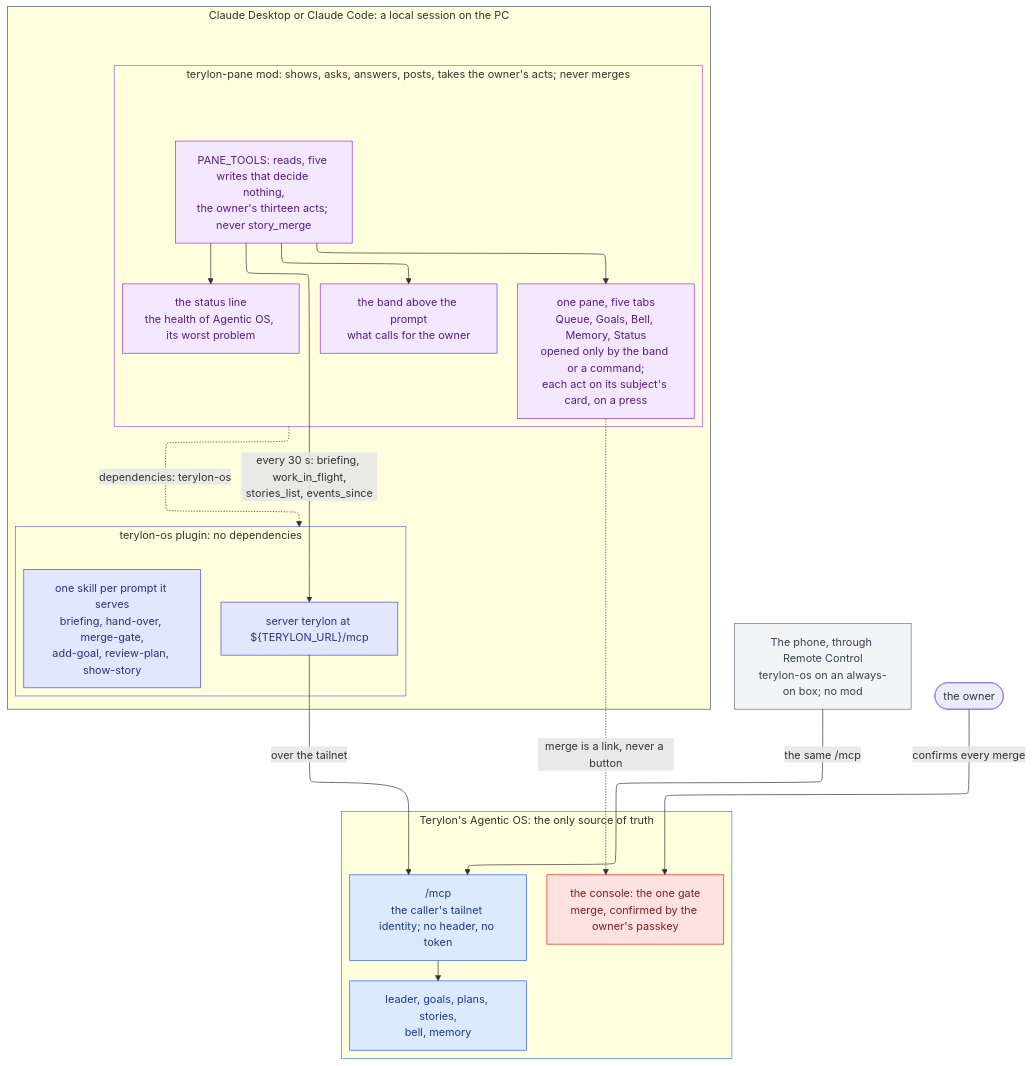
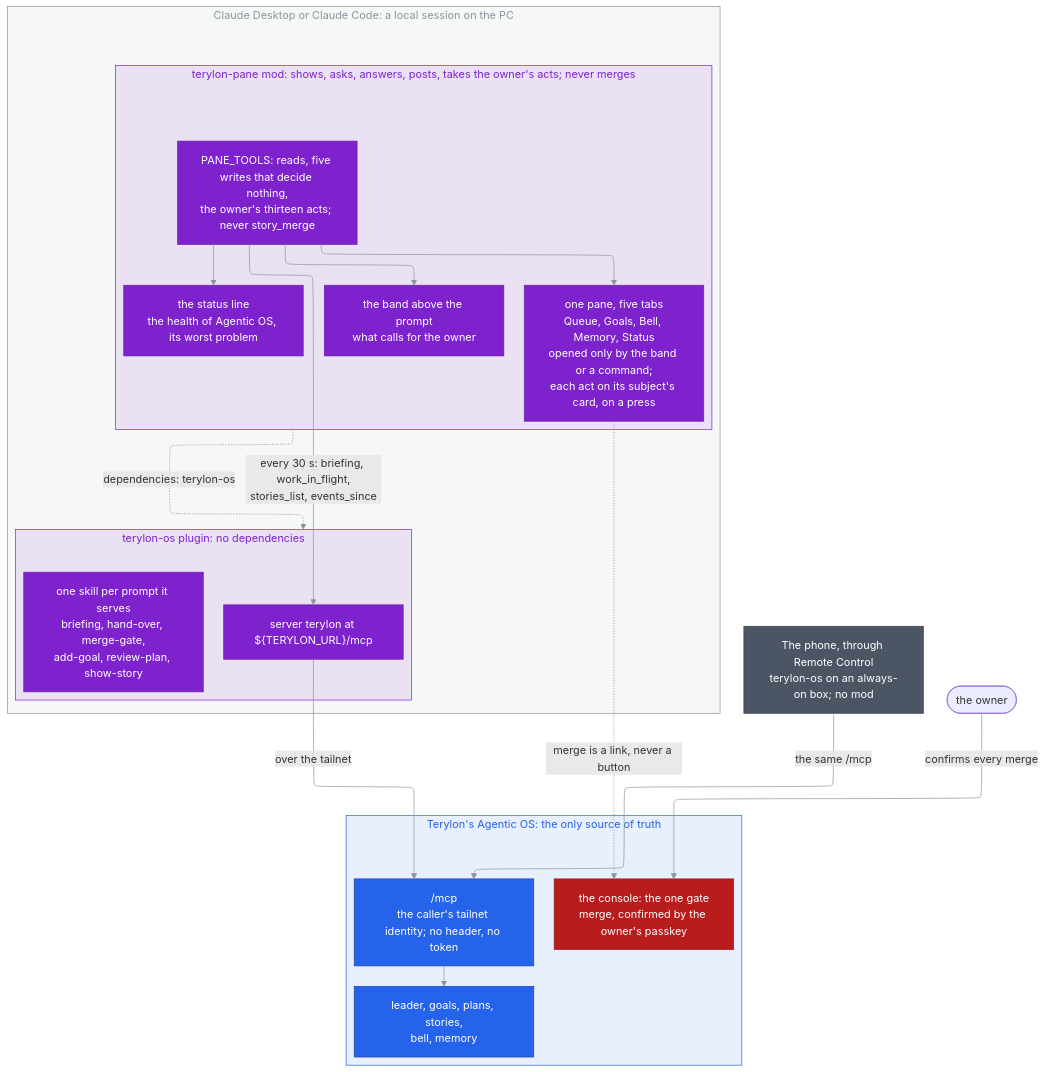
Before and after one commit to janecekvit/terylon-marketplace: the second of 2 diagrams in docs/architecture/README.md, drawn with Mermaid. The commit also changed other lines of this file and 5 other files, not shown here.

````diff
--- a/docs/architecture/README.md
+++ b/docs/architecture/README.md
@@ -88,61 +91,64 @@
 ```mermaid
 ---
 config:
   layout: elk
+  flowchart:
+    padding: 16
 ---
 %% terylon-os and its mod terylon-pane: how a session reaches Terylon's Agentic OS, the owner's
 %% acts the pane takes on their cards, and why merge, the one gate, stays in the console.
 %% The source of truth is this block: edit it here; nothing is generated from it.
 %% Why every surface goes through the one /mcp: one-source-of-truth-reached-from-two-places.md.
 flowchart TD
-    %% One colour per kind: the plugin (indigo), the mod (violet), Agentic OS (blue), gates (red),
-    %% the phone (grey); the owner takes the theme's. A subgraph takes a stroke and no fill, so the
-    %% theme fills it in light and dark mode alike: .claude/rules/markdown.md says why.
-    classDef plugin fill:#E0E7FF,stroke:#4F46E5,color:#312E81
-    classDef mod fill:#F3E8FF,stroke:#9333EA,color:#581C87
-    classDef system fill:#DBEAFE,stroke:#2563EB,color:#1E3A8A
-    classDef gate fill:#FEE2E2,stroke:#DC2626,color:#7F1D1D
-    classDef external fill:#F3F4F6,stroke:#6B7280,color:#374151
+    %% One colour per kind, the palette of .claude/rules/markdown.md: Terylon's own plugins (purple),
+    %% Agentic OS (blue), the gate (red), the phone (grey); the owner takes the theme's.
+    %% No theme is set, so GitHub draws the block in its light or dark theme.
+    classDef terylon fill:#7E22CE,stroke:#6B21A8,color:#FFFFFF
+    classDef service fill:#2563EB,stroke:#1E40AF,color:#FFFFFF
+    classDef gate fill:#B91C1C,stroke:#991B1B,color:#FFFFFF
+    classDef external fill:#4B5563,stroke:#374151,color:#FFFFFF
 
     subgraph session ["Claude Desktop or Claude Code: a local session on the PC"]
         subgraph os ["terylon-os plugin: no dependencies"]
             %% The variable is drawn as written: Mermaid substitutes nothing inside a label.
-            server["server terylon at ${TERYLON_URL}/mcp"]:::plugin
-            skills["one skill per prompt it serves<br/>briefing, hand-over, merge-gate,<br/>add-goal, review-plan, show-story"]:::plugin
+            server["server terylon at ${TERYLON_URL}/mcp"]:::terylon
+            skills["one skill per prompt it serves<br/>briefing, hand-over, merge-gate,<br/>add-goal, review-plan, show-story"]:::terylon
         end
 
         subgraph pane ["terylon-pane mod: shows, asks, answers, posts, takes the owner's acts; never merges"]
-            allowList["PANE_TOOLS: reads, five writes that decide nothing,<br/>the owner's thirteen acts; never story_merge"]:::mod
-            band["the band above the prompt<br/>what calls for the owner"]:::mod
-            statusLine["the status line<br/>the health of Agentic OS, its worst problem"]:::mod
-            tabs["one pane, five tabs<br/>Queue, Goals, Bell, Memory, Status<br/>opened only by the band or a command;<br/>each act on its subject's card, on a press"]:::mod
+            allowList["PANE_TOOLS: reads, five writes that decide nothing,<br/>the owner's thirteen acts; never story_merge"]:::terylon
+            band["the band above the prompt<br/>what calls for the owner"]:::terylon
+            statusLine["the status line<br/>the health of Agentic OS, its worst problem"]:::terylon
+            tabs["one pane, five tabs<br/>Queue, Goals, Bell, Memory, Status<br/>opened only by the band or a command;<br/>each act on its subject's card, on a press"]:::terylon
         end
     end
 
     phone["The phone, through Remote Control<br/>terylon-os on an always-on box; no mod"]:::external
 
     subgraph terylon ["Terylon's Agentic OS: the only source of truth"]
-        mcp["/mcp<br/>the caller's tailnet identity; no header, no token"]:::system
-        leader["leader, goals, plans, stories,<br/>bell, memory"]:::system
+        mcp["/mcp<br/>the caller's tailnet identity; no header, no token"]:::service
+        leader["leader, goals, plans, stories,<br/>bell, memory"]:::service
         console["the console: the one gate<br/>merge, confirmed by the owner's passkey"]:::gate
     end
 
     %% No class: the theme colours the owner, so it stays readable in light and dark mode alike.
     person(["the owner"])
 
     pane -.->|"dependencies: terylon-os"| os
     server -->|"over the tailnet"| mcp
     allowList -->|"every 30 s: briefing, work_in_flight,<br/>stories_list, events_since"| server
     allowList --> band
     allowList --> statusLine
     allowList --> tabs
     tabs -.->|"merge is a link, never a button"| console
     phone -->|"the same /mcp"| mcp
     mcp --> leader
     person -->|"confirms every merge"| console
 
-    style session stroke:#475569
-    style os stroke:#6366F1
-    style pane stroke:#A855F7
-    style terylon stroke:#3B82F6
+    %% The session is the large area, so its fill is the fainter 14.
+    style session fill:#8B949E14,stroke:#8B949E,color:#8B949E
+    style os fill:#7E22CE1A,stroke:#7E22CE,color:#7E22CE
+    style pane fill:#7E22CE1A,stroke:#7E22CE,color:#7E22CE
+    style terylon fill:#2563EB1A,stroke:#2563EB,color:#2563EB
+    linkStyle default stroke:#8B949E
 ```
````
